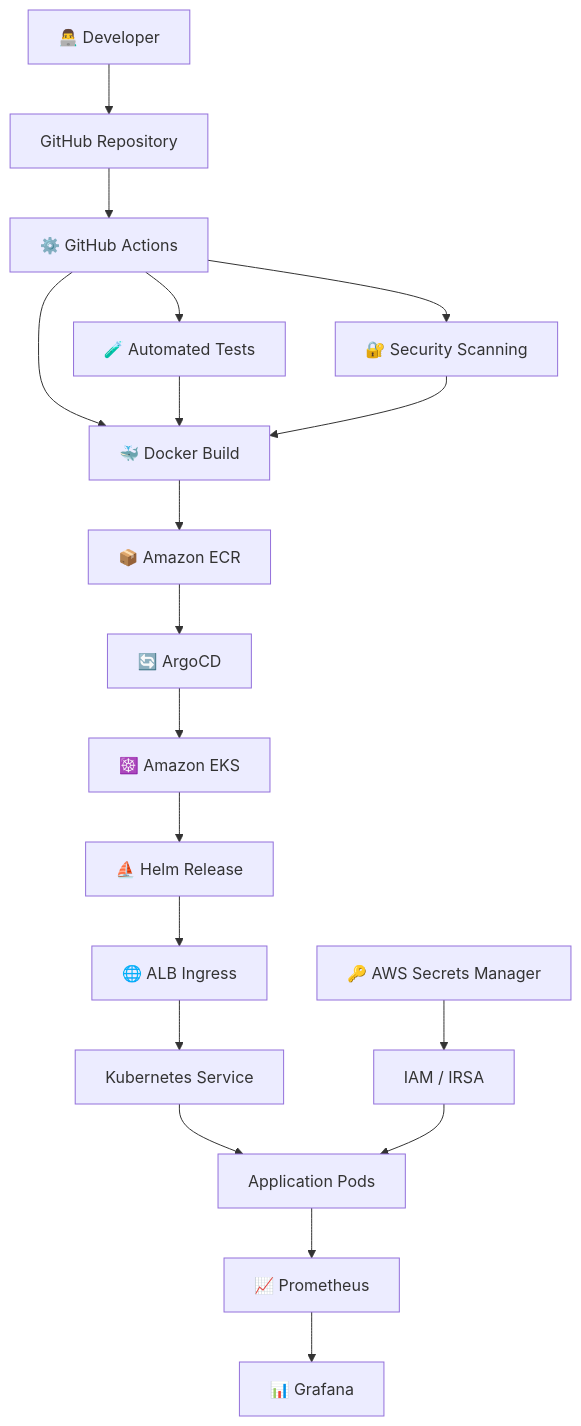
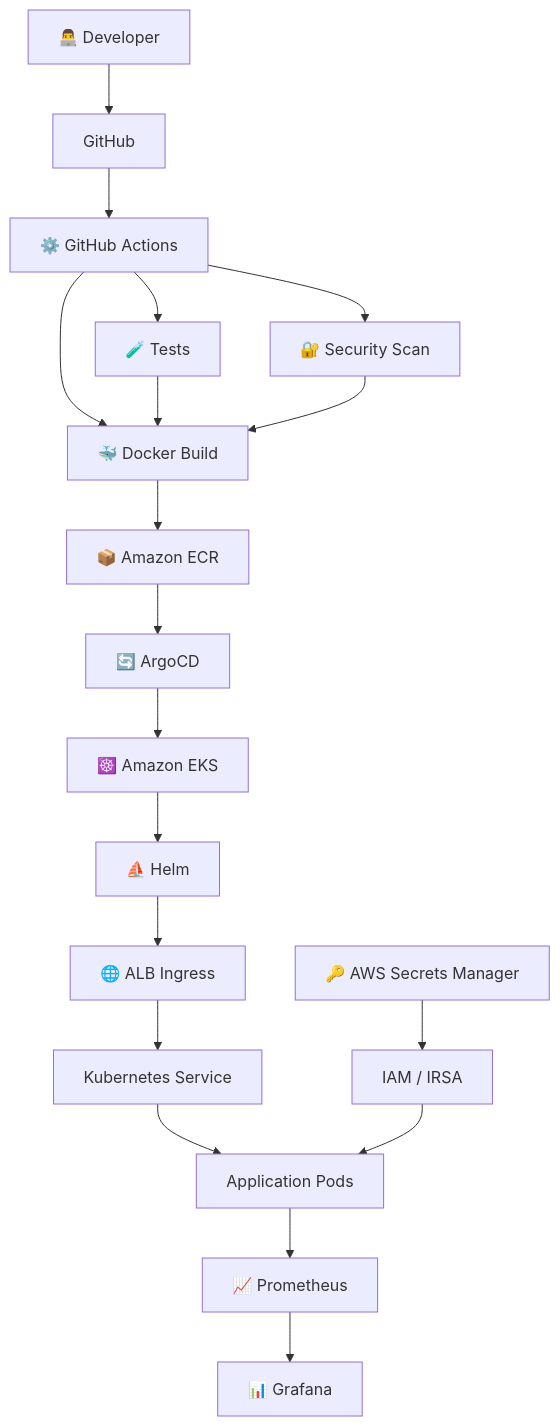
The third of 6 diagrams in README.md (harshithrosun2705-star/harshithrosun2705-star), drawn with Mermaid before and after one commit. The commit also changed other lines of this file, not shown here.

````diff
--- a/README.md
+++ b/README.md
@@ -283,36 +422,36 @@
 ```mermaid
 flowchart TD
 
-    DEV["👨‍💻 Developer"] --> GH["GitHub Repository"]
+    DEV["👨‍💻 Developer"] --> GH["GitHub"]
 
     GH --> CI["⚙️ GitHub Actions"]
 
-    CI --> TEST["🧪 Automated Tests"]
-    CI --> SEC["🔐 Security Scanning"]
+    CI --> TEST["🧪 Tests"]
+    CI --> SECURITY["🔐 Security Scan"]
     CI --> BUILD["🐳 Docker Build"]
 
     TEST --> BUILD
-    SEC --> BUILD
+    SECURITY --> BUILD
 
     BUILD --> ECR["📦 Amazon ECR"]
 
     ECR --> ARGO["🔄 ArgoCD"]
 
     ARGO --> EKS["☸️ Amazon EKS"]
 
-    EKS --> HELM["⛵ Helm Release"]
+    EKS --> HELM["⛵ Helm"]
 
-    HELM --> INGRESS["🌐 ALB Ingress"]
+    HELM --> ALB["🌐 ALB Ingress"]
 
-    INGRESS --> SERVICE["Kubernetes Service"]
+    ALB --> SERVICE["Kubernetes Service"]
 
     SERVICE --> PODS["Application Pods"]
 
     SECRETS["🔑 AWS Secrets Manager"] --> IRSA["IAM / IRSA"]
 
     IRSA --> PODS
 
     PODS --> PROM["📈 Prometheus"]
 
     PROM --> GRAFANA["📊 Grafana"]
 ```
````
